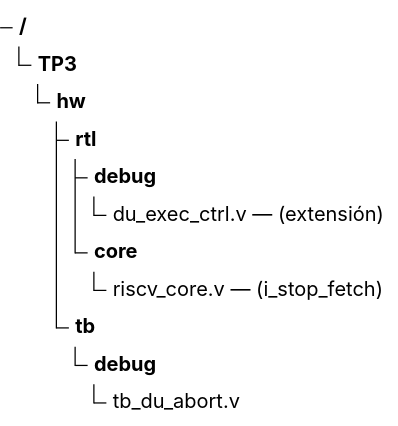
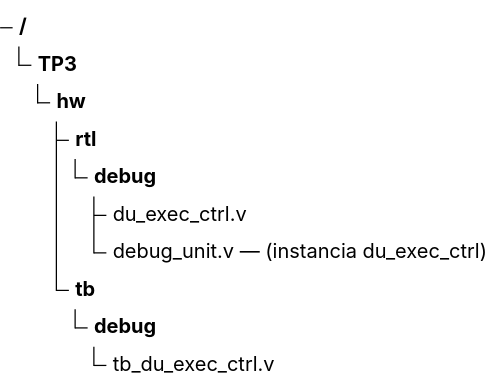
Diagram 31 of 47 in docs/PRD-pipeline-riscv.md (nicopinera/tps-arqui), drawn with Mermaid (forest theme) before and after one commit. The commit also changed other lines of this file and 32 other files, not shown here.

First line of the commit message:
Feature/us104 - Especificación del Protocolo de la Debug Unit (#7)

````diff
--- a/docs/PRD-pipeline-riscv.md
+++ b/docs/PRD-pipeline-riscv.md
@@ -1550,13 +1626,12 @@
 ```mermaid
 treeView-beta
     "TP3/"
         "hw/"
             "rtl/"
                 "debug/"
-                    "du_exec_ctrl.v — (extensión)"
-                "core/"
-                    "riscv_core.v — (i_stop_fetch)"
+                    "du_exec_ctrl.v"
+                    "debug_unit.v — (instancia du_exec_ctrl)"
             "tb/"
                 "debug/"
-                    "tb_du_abort.v"
+                    "tb_du_exec_ctrl.v"
 ```
````
